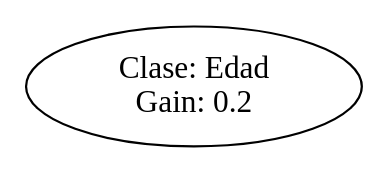
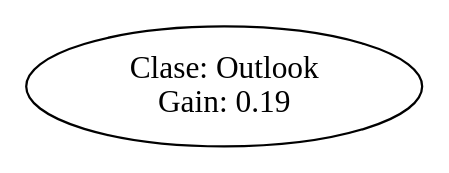
Before and after one commit to AlejandroFNadal/ia_decision_trees: the diagram in test_output/gain_ratio.dot, drawn with Graphviz. The commit also changed 7 other files, not shown here.

```diff
--- a/test_output/gain_ratio.dot
+++ b/test_output/gain_ratio.dot
@@ -1,4 +1,4 @@
 digraph {
-	0 [label="Clase: Edad 
- Gain: 0.2"]
+	0 [label="Clase: Outlook 
+ Gain: 0.19"]
 }
```
